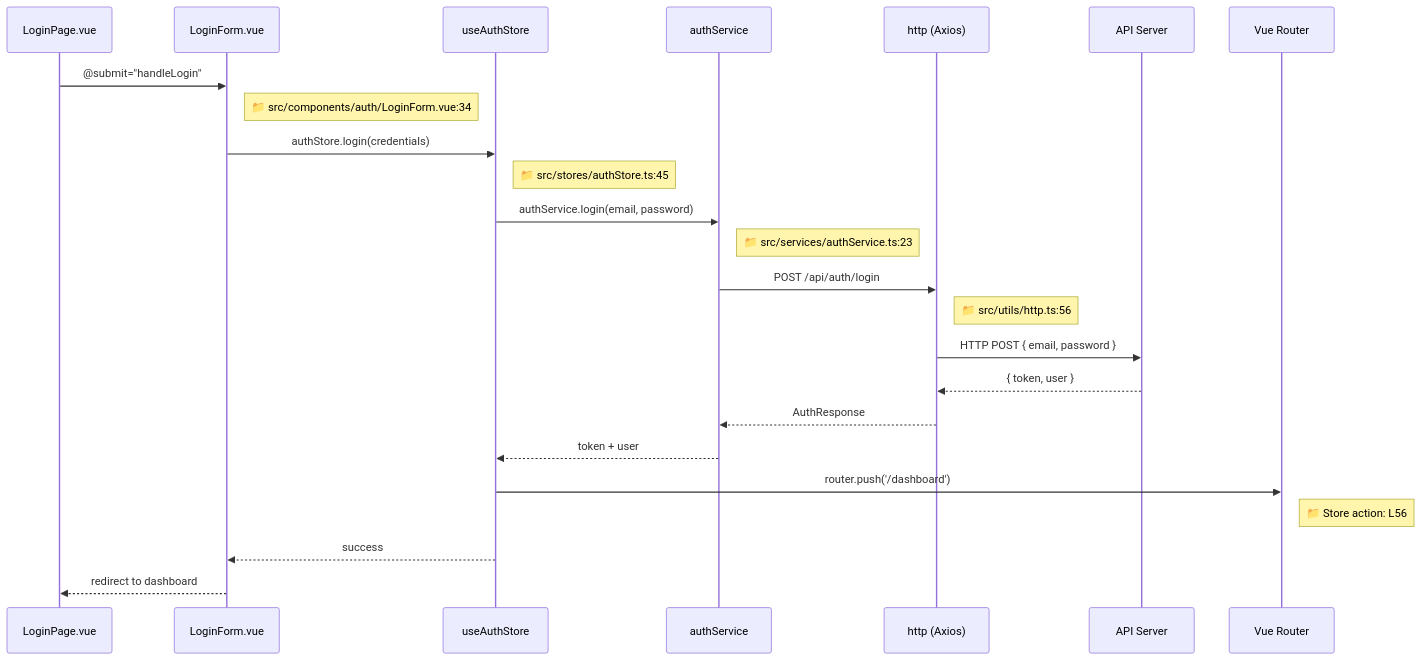
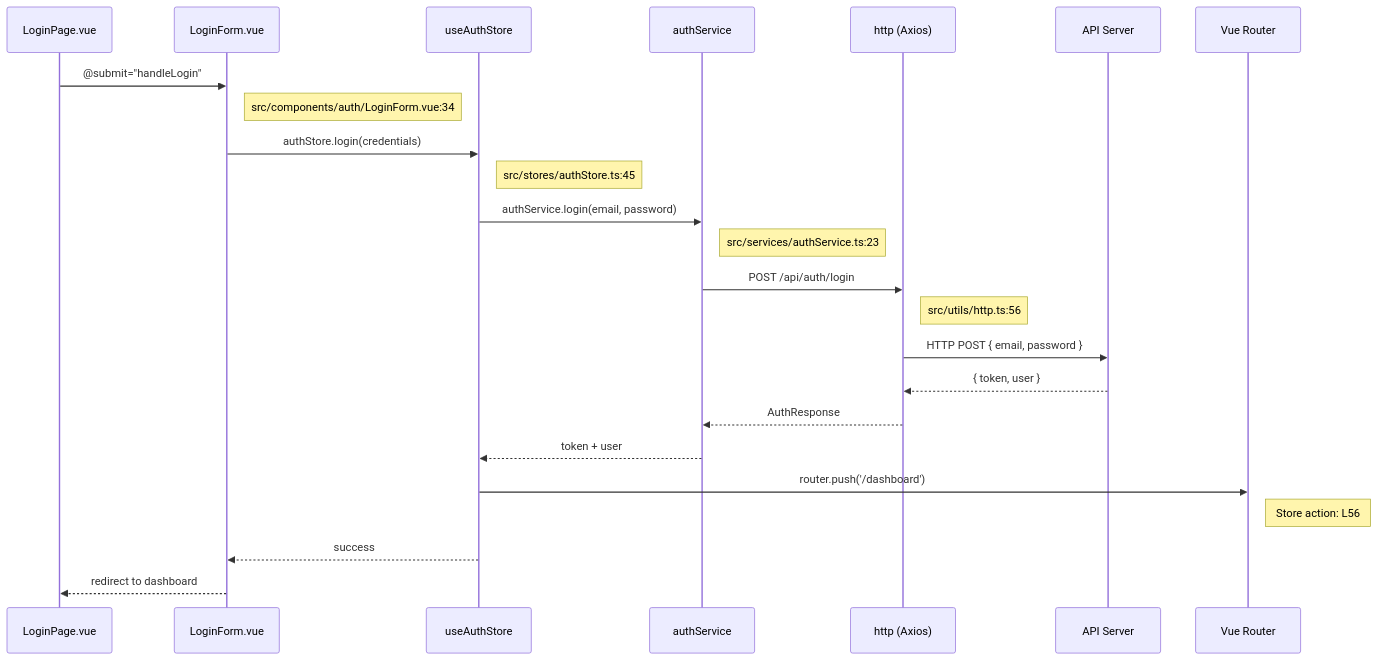
Before and after one commit to CaostGrace/project-arch-reverse: the third of 5 diagrams in references/vue-template.md, drawn with Mermaid. The commit also changed other lines of this file and 10 other files, not shown here.

Commit message:
fix: 修复 12.1 流程图 Mermaid 渲染问题 - 结构重组+节点引号+形状修复

````diff
--- a/references/vue-template.md
+++ b/references/vue-template.md
@@ -271,27 +285,27 @@
 ```mermaid
 sequenceDiagram
     participant UI as LoginPage.vue
     participant Form as LoginForm.vue
     participant Store as useAuthStore
     participant Service as authService
     participant API as http (Axios)
     participant Backend as API Server
     participant Router as Vue Router
 
     UI->>Form: @submit="handleLogin"
-    Note right of Form: 📁 src/components/auth/LoginForm.vue:34
+    Note right of Form:  src/components/auth/LoginForm.vue:34
     Form->>Store: authStore.login(credentials)
-    Note right of Store: 📁 src/stores/authStore.ts:45
+    Note right of Store:  src/stores/authStore.ts:45
     Store->>Service: authService.login(email, password)
-    Note right of Service: 📁 src/services/authService.ts:23
+    Note right of Service:  src/services/authService.ts:23
     Service->>API: POST /api/auth/login
-    Note right of API: 📁 src/utils/http.ts:56
+    Note right of API:  src/utils/http.ts:56
     API->>Backend: HTTP POST { email, password }
     Backend-->>API: { token, user }
     API-->>Service: AuthResponse
     Service-->>Store: token + user
     Store->>Router: router.push('/dashboard')
-    Note right of Router: 📁 Store action: L56
+    Note right of Router:  Store action: L56
     Store-->>Form: success
     Form-->>UI: redirect to dashboard
 ```
````
